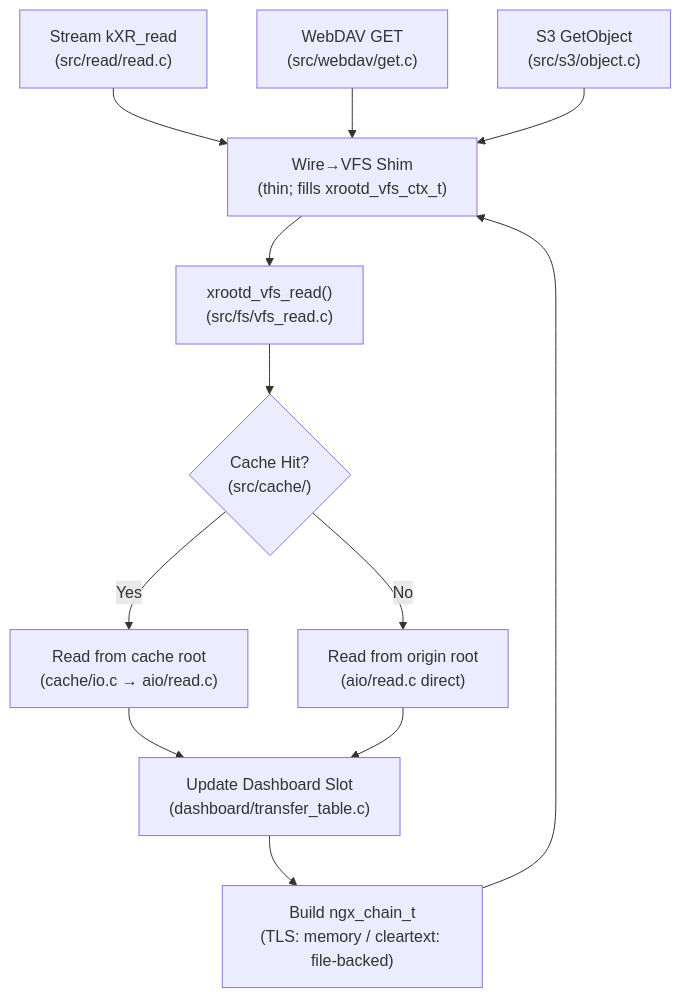
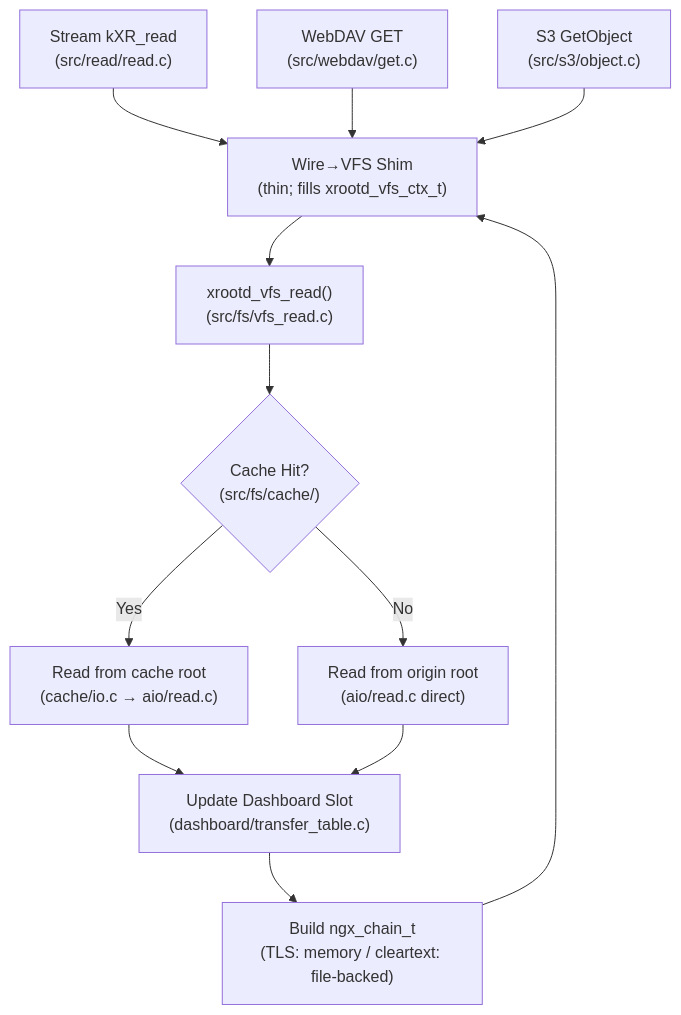
Before and after one commit to rob-c/brix-cache: the diagram in docs/_archive/unification/PHASE3_VFS_OPERATIONS.md, drawn with Mermaid. The commit also changed 272 other files, not shown here.

````diff
--- a/docs/_archive/unification/PHASE3_VFS_OPERATIONS.md
+++ b/docs/_archive/unification/PHASE3_VFS_OPERATIONS.md
@@ -243,14 +243,14 @@
 ```mermaid
 graph TD
     A["Stream kXR_read\n(src/read/read.c)"] --> W["Wire→VFS Shim\n(thin; fills xrootd_vfs_ctx_t)"]
     B["WebDAV GET\n(src/webdav/get.c)"] --> W
     C["S3 GetObject\n(src/s3/object.c)"] --> W
     W --> VFS["xrootd_vfs_read()\n(src/fs/vfs_read.c)"]
-    VFS --> CACHE{"Cache Hit?\n(src/cache/)"}
+    VFS --> CACHE{"Cache Hit?\n(src/fs/cache/)"}
     CACHE -- Yes --> CREAD["Read from cache root\n(cache/io.c → aio/read.c)"]
     CACHE -- No --> OREAD["Read from origin root\n(aio/read.c direct)"]
     CREAD --> DASH["Update Dashboard Slot\n(dashboard/transfer_table.c)"]
     OREAD --> DASH
     DASH --> CHAIN["Build ngx_chain_t\n(TLS: memory / cleartext: file-backed)"]
     CHAIN --> W
 ```
````
